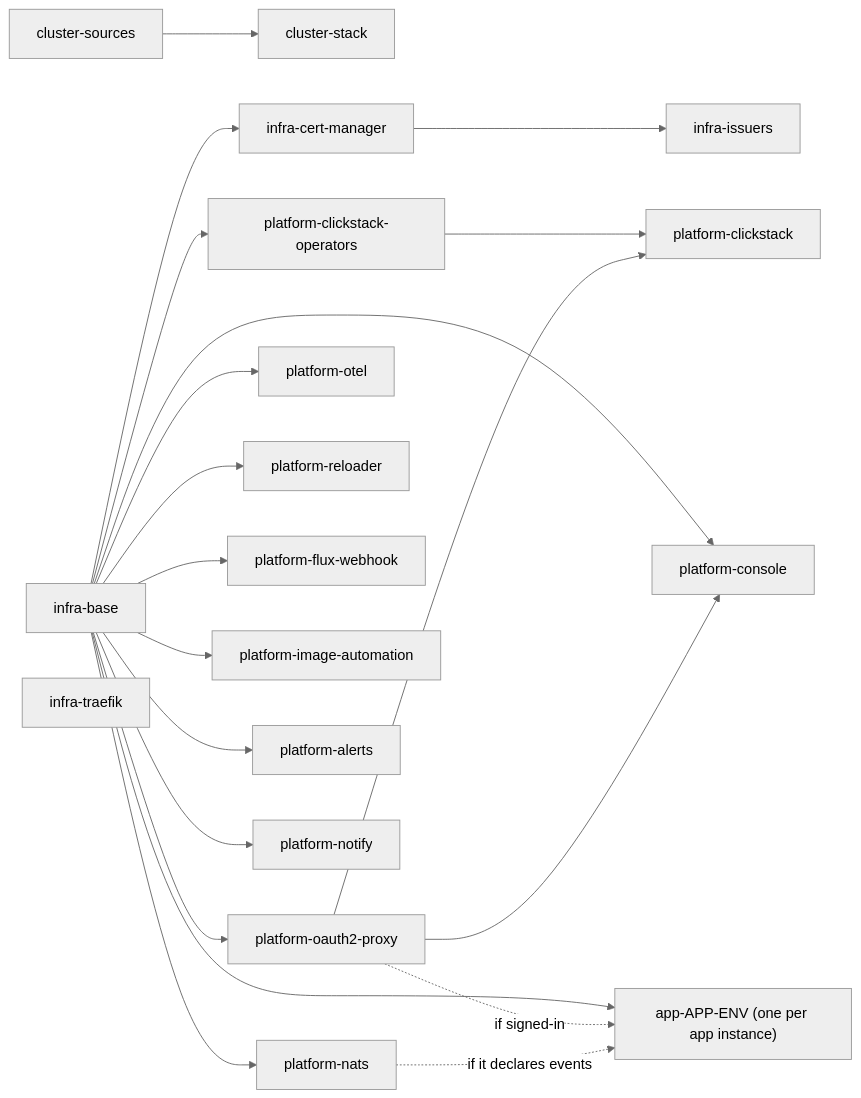
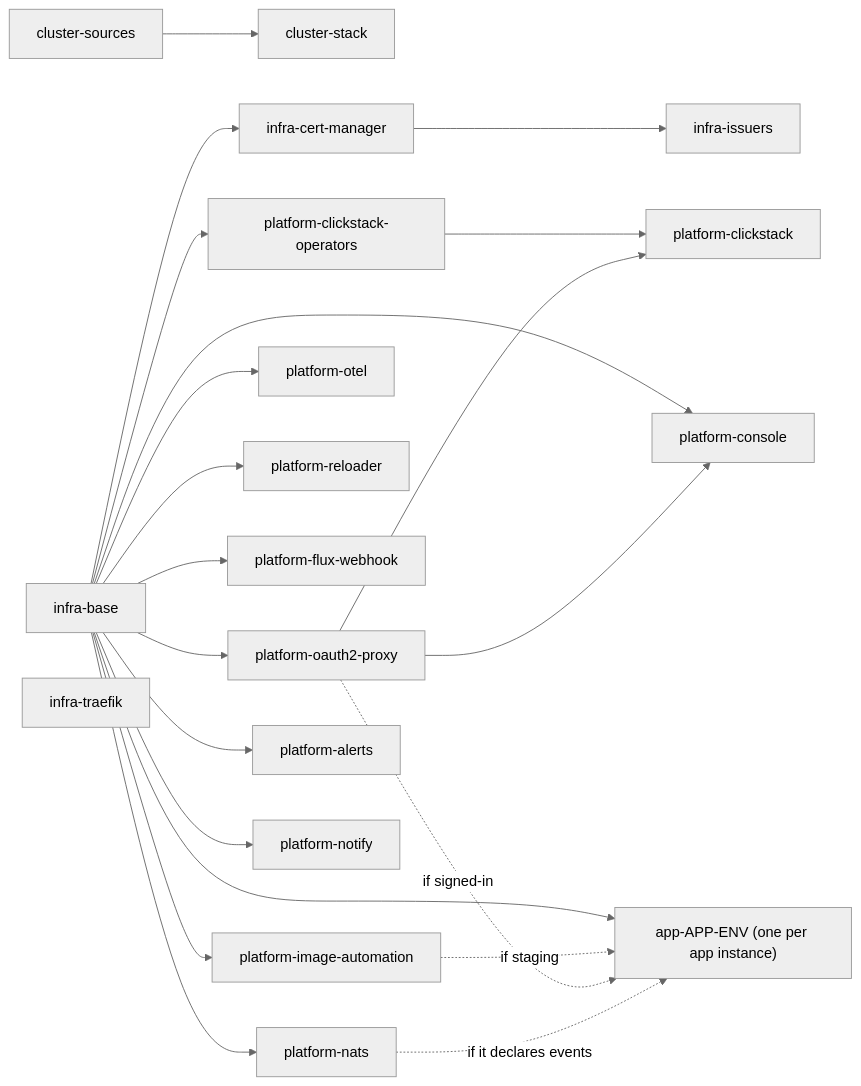
Before and after one commit to samclement/swhurl-platform: the second of 6 diagrams in docs/architecture.md, drawn with Mermaid (neutral theme). The commit also changed other lines of this file and 3 other files, not shown here.

````diff
--- a/docs/architecture.md
+++ b/docs/architecture.md
@@ -63,21 +63,22 @@
 ```mermaid
 flowchart LR
   sources[cluster-sources] --> stack[cluster-stack]
   base[infra-base] --> cm[infra-cert-manager] --> issuers[infra-issuers]
   base --> auth[platform-oauth2-proxy]
   base --> ops[platform-clickstack-operators] --> clickstack[platform-clickstack]
   auth --> clickstack
   base --> otel[platform-otel]
   base --> reloader[platform-reloader]
   base --> webhook[platform-flux-webhook]
   base --> imageauto[platform-image-automation]
   base --> alerts[platform-alerts]
   base --> notify[platform-notify]
   base --> console[platform-console]
   auth --> console
   base --> nats[platform-nats]
   traefik[infra-traefik]
   base --> app["app-APP-ENV (one per app instance)"]
+  imageauto -. if staging .-> app
   auth -. if signed-in .-> app
   nats -. if it declares events .-> app
 ```
````
